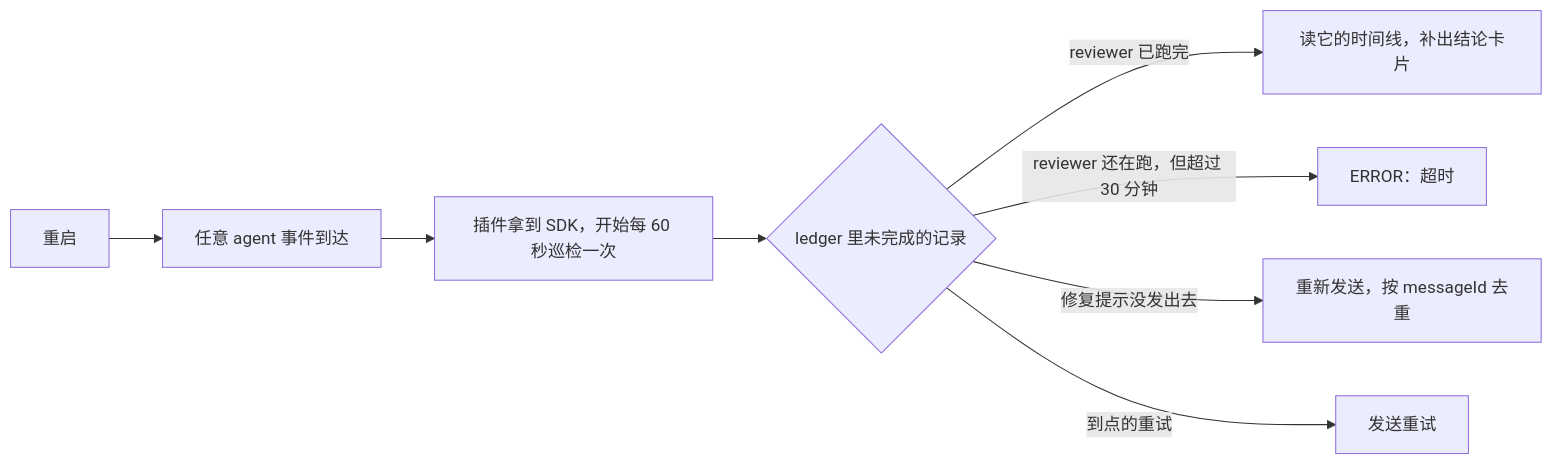
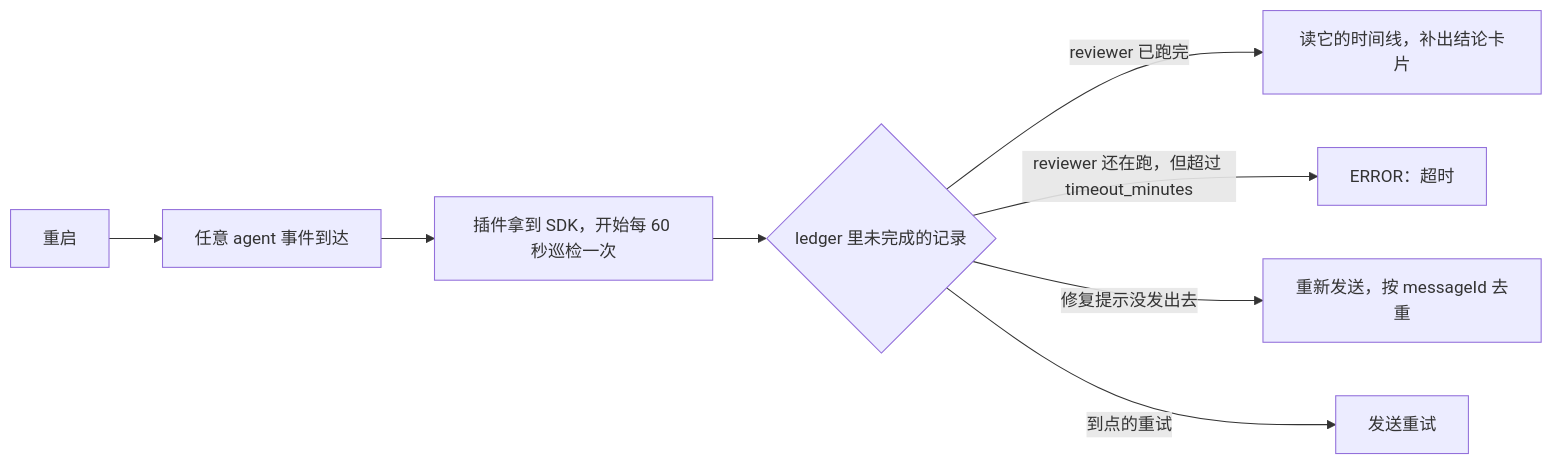
One commit to XUJiahua/paseo-post-turn-gate-plugin changed diagram 12 of 12 in docs/workflow.md. Above: the diagram before and after it, drawn with Mermaid. The commit also changed other lines of this file and 3 other files, not shown here.

````diff
--- a/docs/workflow.md
+++ b/docs/workflow.md
@@ -233,10 +285,10 @@
 ```mermaid
 flowchart LR
   A[重启] --> B[任意 agent 事件到达]
   B --> C[插件拿到 SDK，开始每 60 秒巡检一次]
   C --> D{ledger 里未完成的记录}
   D -- reviewer 已跑完 --> E[读它的时间线，补出结论卡片]
-  D -- reviewer 还在跑，但超过 30 分钟 --> F[ERROR：超时]
+  D -- reviewer 还在跑，但超过 timeout_minutes --> F[ERROR：超时]
   D -- 修复提示没发出去 --> G[重新发送，按 messageId 去重]
   D -- 到点的重试 --> H[发送重试]
 ```
````
